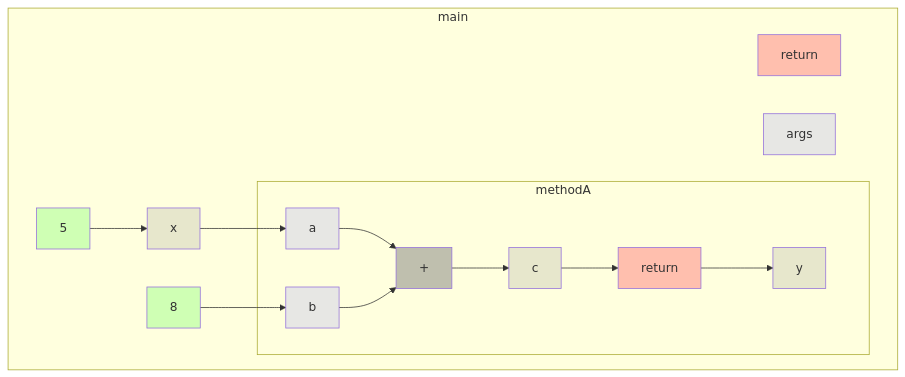
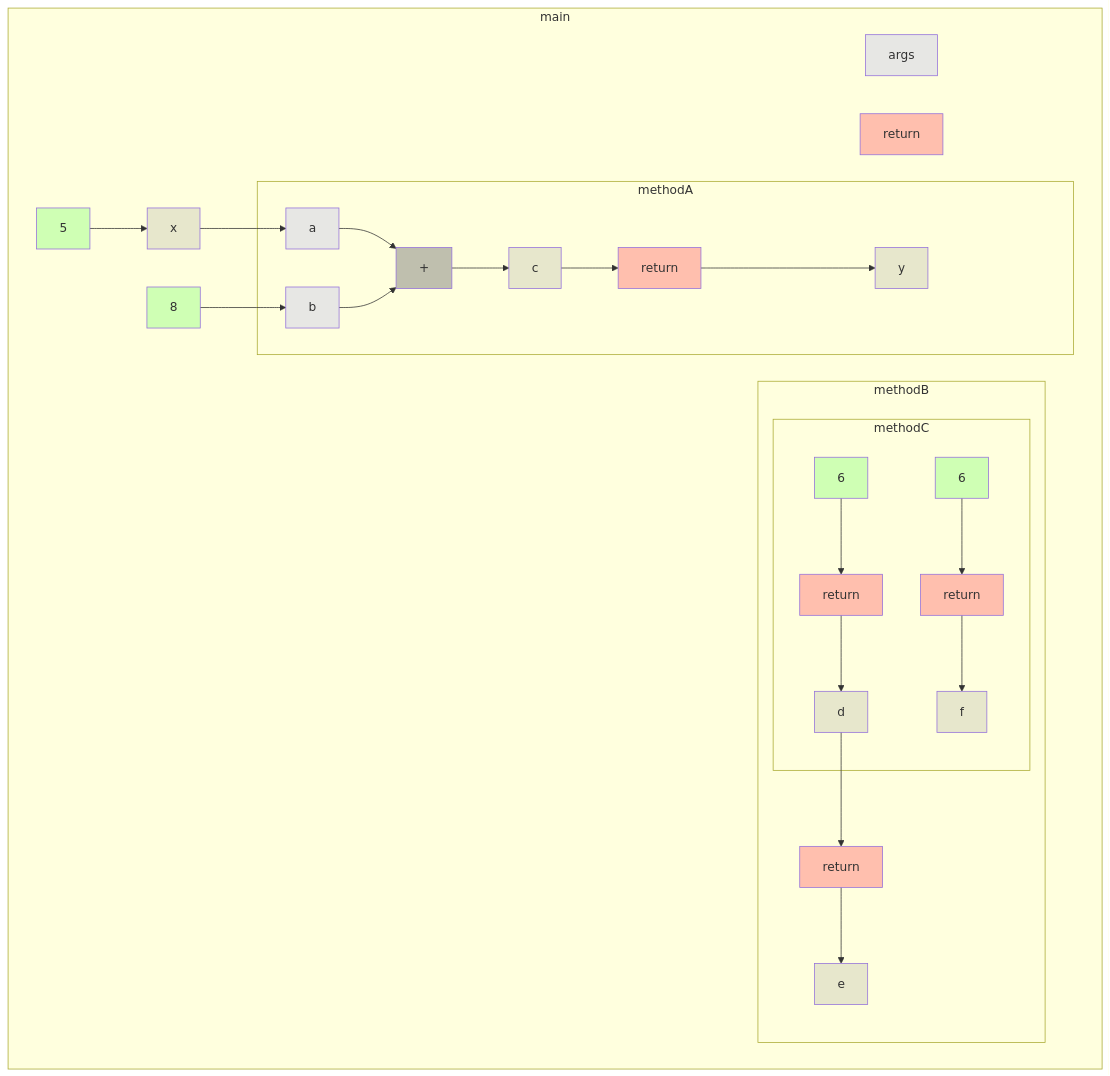
The diagram in app/src/test/resources/funcCall/truth.md (gstiebler/codeflow), drawn with Mermaid before and after one commit. The commit also changed 3 other files, not shown here.

````diff
--- a/app/src/test/resources/funcCall/truth.md
+++ b/app/src/test/resources/funcCall/truth.md
@@ -1,31 +1,51 @@
 ```mermaid
 flowchart TD
   subgraph main
-    439986771[return]:::RETURN
-    439986795[args]:::FUNC_PARAM
-    439986820[x]:::VARIABLE
-    439986834[5]:::LITERAL
-    439986845[y]:::VARIABLE
-    439986870[8]:::LITERAL
-    439986820[x]:::VARIABLE --> 439986912[a]:::FUNC_PARAM
-    439986834[5]:::LITERAL --> 439986820[x]:::VARIABLE
-    439986870[8]:::LITERAL --> 439986925[b]:::FUNC_PARAM
+    13677[args]:::FUNC_PARAM
+    13681[x]:::VARIABLE
+    13682[y]:::VARIABLE
+    13693[e]:::VARIABLE
+    232102[8]:::LITERAL
+    364914[return]:::RETURN
+    764292[5]:::LITERAL
+    13681[x]:::VARIABLE --> 13701[a]:::FUNC_PARAM
+    232102[8]:::LITERAL --> 13702[b]:::FUNC_PARAM
+    764292[5]:::LITERAL --> 13681[x]:::VARIABLE
     subgraph methodA
-      439986885[return]:::RETURN
-      439986912[a]:::FUNC_PARAM
-      439986925[b]:::FUNC_PARAM
-      439986948[c]:::VARIABLE
-      439986962[+]:::BIN_OP
-      439986885[return]:::RETURN --> 439986845[y]:::VARIABLE
-      439986912[a]:::FUNC_PARAM --> 439986962[+]:::BIN_OP
-      439986925[b]:::FUNC_PARAM --> 439986962[+]:::BIN_OP
-      439986948[c]:::VARIABLE --> 439986885[return]:::RETURN
-      439986962[+]:::BIN_OP --> 439986948[c]:::VARIABLE
+      13701[a]:::FUNC_PARAM
+      13702[b]:::FUNC_PARAM
+      13703[c]:::VARIABLE
+      594709[return]:::RETURN
+      785695[+]:::BIN_OP
+      13701[a]:::FUNC_PARAM --> 785695[+]:::BIN_OP
+      13702[b]:::FUNC_PARAM --> 785695[+]:::BIN_OP
+      13703[c]:::VARIABLE --> 594709[return]:::RETURN
+      594709[return]:::RETURN --> 13682[y]:::VARIABLE
+      785695[+]:::BIN_OP --> 13703[c]:::VARIABLE
+    end
+    subgraph methodB
+      -894336856[d]:::VARIABLE
+      -894336848[f]:::VARIABLE
+      680146[return]:::RETURN
+      -894336856[d]:::VARIABLE --> 680146[return]:::RETURN
+      680146[return]:::RETURN --> 13693[e]:::VARIABLE
+      subgraph methodC
+        708522[return]:::RETURN
+        713444[6]:::LITERAL
+        708522[return]:::RETURN --> -894336856[d]:::VARIABLE
+        713444[6]:::LITERAL --> 708522[return]:::RETURN
+      end
+      subgraph methodC
+        183287[6]:::LITERAL
+        875257[return]:::RETURN
+        183287[6]:::LITERAL --> 875257[return]:::RETURN
+        875257[return]:::RETURN --> -894336848[f]:::VARIABLE
+      end
     end
   end
   classDef LITERAL fill:#00FF0030
   classDef VARIABLE fill:#80808030
   classDef BIN_OP fill:#80808080
   classDef FUNC_PARAM fill:#8080FF30
   classDef RETURN fill:#FF808080
 ```
````
